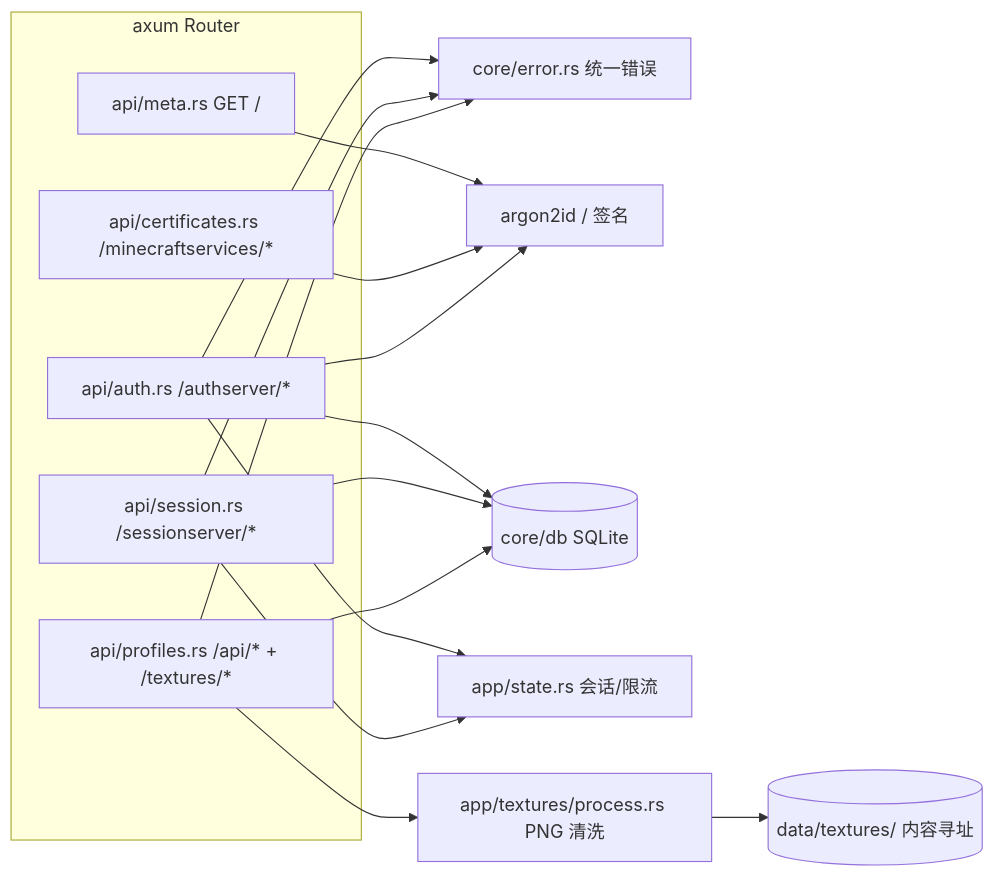
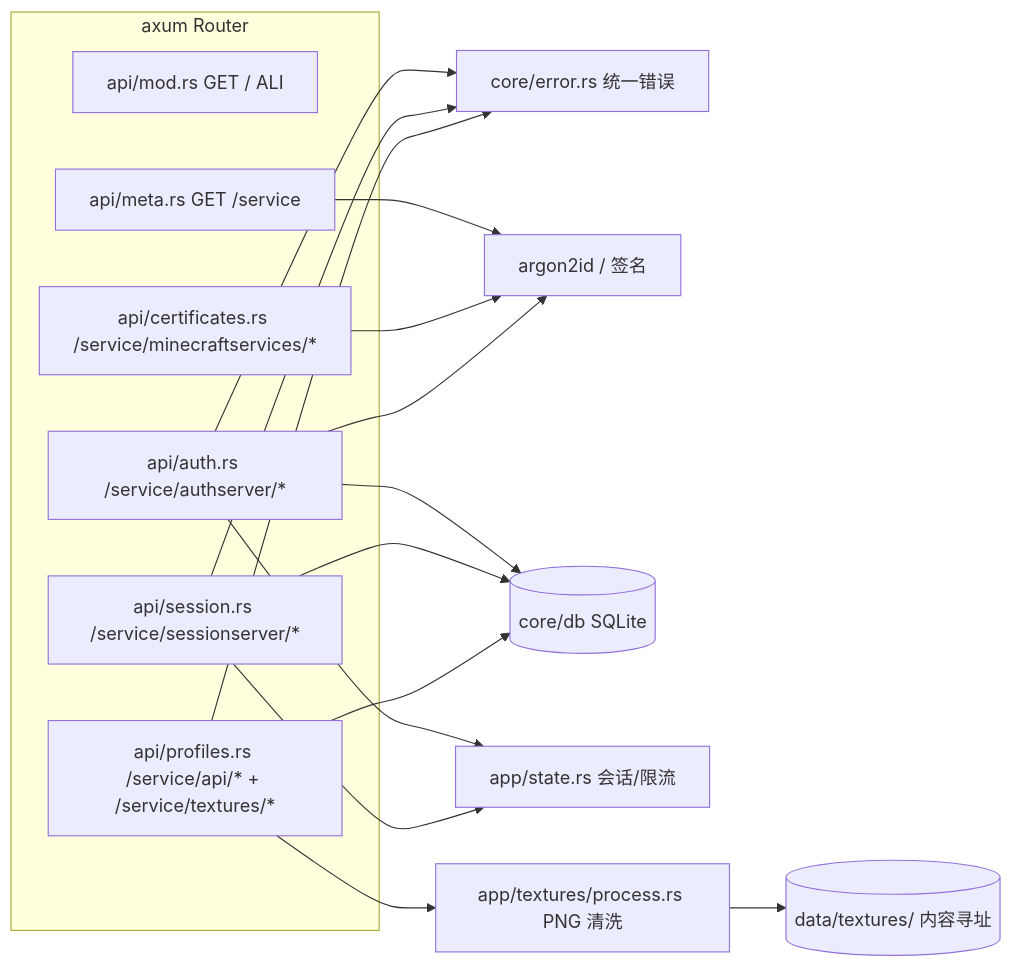
The third of 7 diagrams in docs/architecture.md (RhNu/yggr), drawn with Mermaid before and after one commit. The commit also changed other lines of this file and 16 other files, not shown here.

````diff
--- a/docs/architecture.md
+++ b/docs/architecture.md
@@ -175,23 +176,24 @@
 ```mermaid
 flowchart LR
     subgraph HTTP[axum Router]
-        M[api/meta.rs GET /]
-        A[api/auth.rs /authserver/*]
-        S[api/session.rs /sessionserver/*]
-        P[api/profiles.rs /api/* + /textures/*]
-        C[api/certificates.rs /minecraftservices/*]
+        R[api/mod.rs GET / ALI]
+        M[api/meta.rs GET /service]
+        A[api/auth.rs /service/authserver/*]
+        S[api/session.rs /service/sessionserver/*]
+        P[api/profiles.rs /service/api/* + /service/textures/*]
+        C[api/certificates.rs /service/minecraftservices/*]
     end
     A --> E[core/error.rs 统一错误]
     S --> E
     P --> E
     M --> CR[core/crypto.rs 公钥 PEM]
     A --> DB[(core/db SQLite)]
     S --> DB
     P --> DB
     A --> ST[app/state.rs 会话/限流]
     S --> ST
     P --> TX[app/textures/process.rs PNG 清洗]
     TX --> FS[(data/textures/ 内容寻址)]
     C --> CR
     A --> CR[argon2id / 签名]
 ```
````
